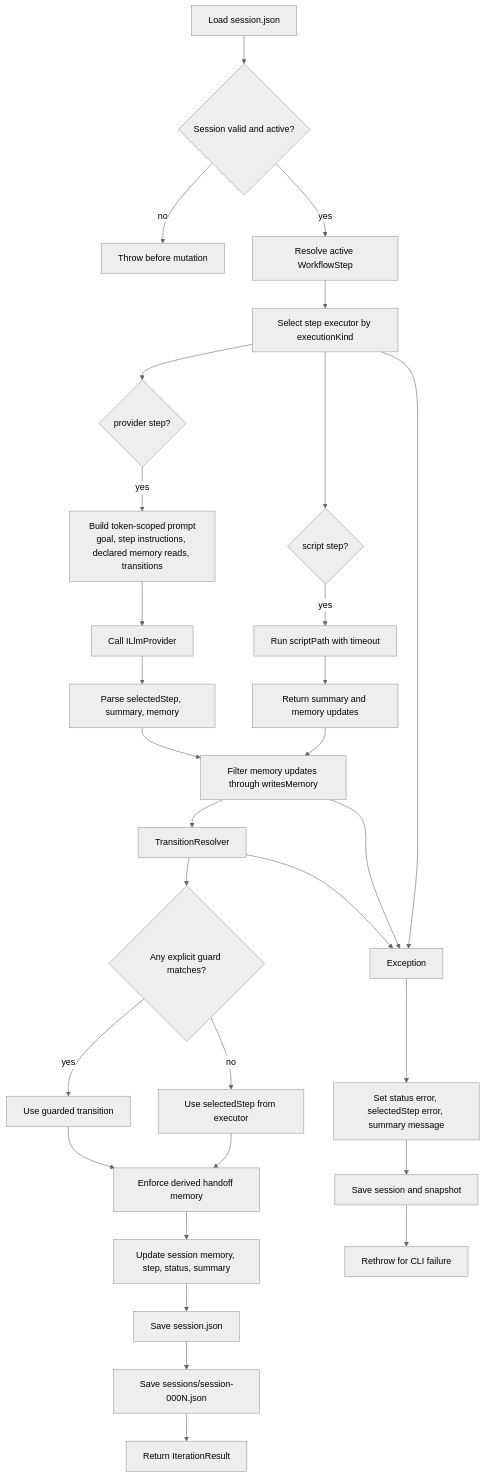
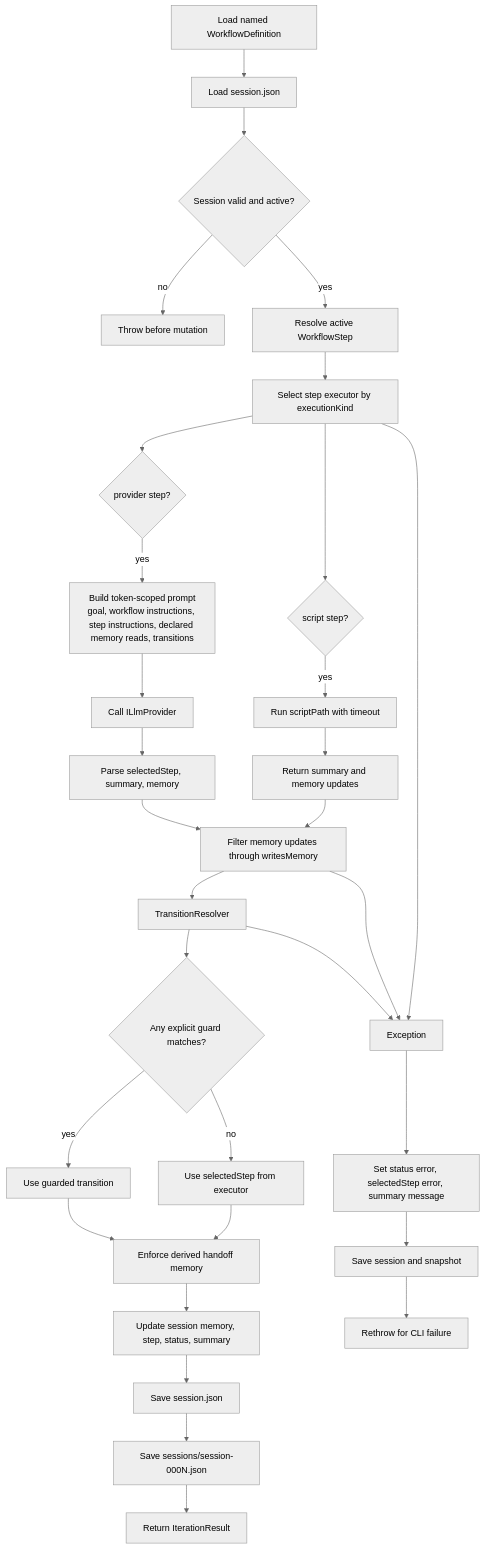
Before and after one commit to prometheus2D/WallyCode: the first of 2 diagrams in ARCHITECTURE_DIAGRAMS.md, drawn with Mermaid (neutral theme). The commit also changed other lines of this file and 11 other files, not shown here.

````diff
--- a/ARCHITECTURE_DIAGRAMS.md
+++ b/ARCHITECTURE_DIAGRAMS.md
@@ -7,37 +7,38 @@
 ```mermaid
 flowchart TD
-    Load[Load session.json] --> Guards{Session valid and active?}
+    Definition[Load named WorkflowDefinition] --> Load[Load session.json]
+    Load --> Guards{Session valid and active?}
     Guards -- no --> Throw[Throw before mutation]
     Guards -- yes --> Step[Resolve active WorkflowStep]
     Step --> Executor[Select step executor by executionKind]
 
     Executor --> Provider{provider step?}
-    Provider -- yes --> Prompt[Build token-scoped prompt<br/>goal, step instructions, declared memory reads, transitions]
+    Provider -- yes --> Prompt[Build token-scoped prompt<br/>goal, workflow instructions, step instructions, declared memory reads, transitions]
     Prompt --> LLM[Call ILlmProvider]
     LLM --> Parse[Parse selectedStep, summary, memory]
 
     Executor --> Script{script step?}
     Script -- yes --> RunScript[Run scriptPath with timeout]
     RunScript --> ScriptResult[Return summary and memory updates]
 
     Parse --> Contract[Filter memory updates through writesMemory]
     ScriptResult --> Contract
     Contract --> Resolve[TransitionResolver]
     Resolve --> Guarded{Any explicit guard matches?}
     Guarded -- yes --> GuardRoute[Use guarded transition]
     Guarded -- no --> ModelRoute[Use selectedStep from executor]
 
     GuardRoute --> Handoff[Enforce derived handoff memory]
     ModelRoute --> Handoff
     Handoff --> Mutate[Update session memory, step, status, summary]
     Mutate --> Save[Save session.json]
     Save --> Snapshot[Save sessions/session-000N.json]
     Snapshot --> Result[Return IterationResult]
 
     Executor --> Failure[Exception]
     Resolve --> Failure
     Contract --> Failure
     Failure --> ErrorState[Set status error, selectedStep error, summary message]
     ErrorState --> SaveError[Save session and snapshot]
     SaveError --> Rethrow[Rethrow for CLI failure]
 ```
````
